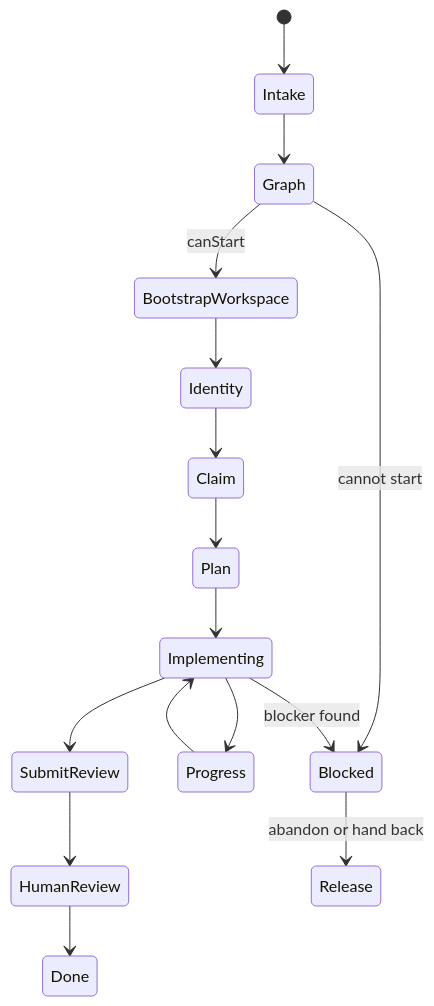
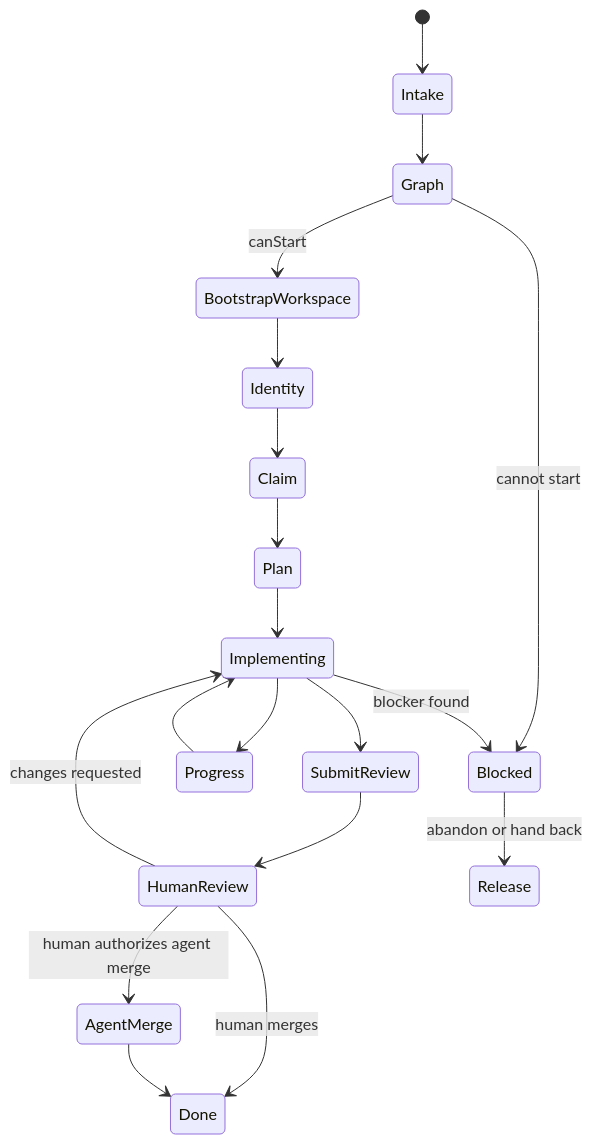
One commit to AGiorgetti/AgentStack changed the second of 4 diagrams in docs/usage.md. Above: the diagram before and after it, drawn with Mermaid. The commit also changed other lines of this file and 2 other files, not shown here.

Commit message:
feat: enhance documentation for review lifecycle and post-review outcomes in architecture, commands, and usage manuals

````diff
--- a/docs/usage.md
+++ b/docs/usage.md
@@ -82,18 +82,21 @@
 ```mermaid
 stateDiagram-v2
   [*] --> Intake
   Intake --> Graph
   Graph --> BootstrapWorkspace: canStart
   Graph --> Blocked: cannot start
   BootstrapWorkspace --> Identity
   Identity --> Claim
   Claim --> Plan
   Plan --> Implementing
   Implementing --> Progress
   Progress --> Implementing
   Implementing --> Blocked: blocker found
   Implementing --> SubmitReview
   SubmitReview --> HumanReview
-  HumanReview --> Done
+  HumanReview --> Done: human merges
+  HumanReview --> AgentMerge: human authorizes agent merge
+  HumanReview --> Implementing: changes requested
+  AgentMerge --> Done
   Blocked --> Release: abandon or hand back
 ```
````
